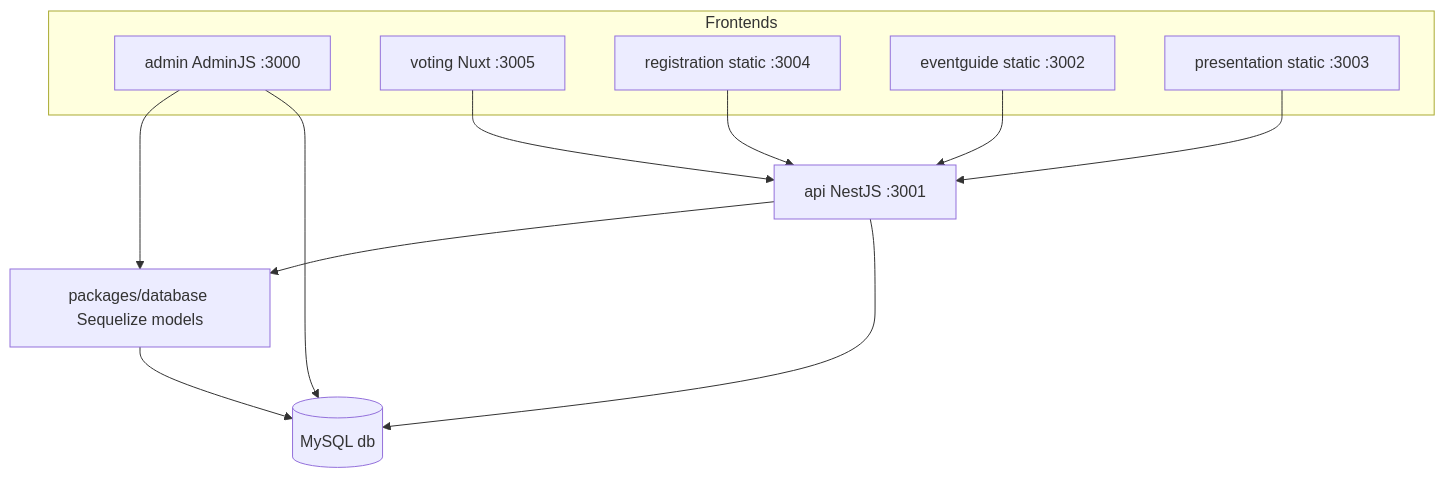
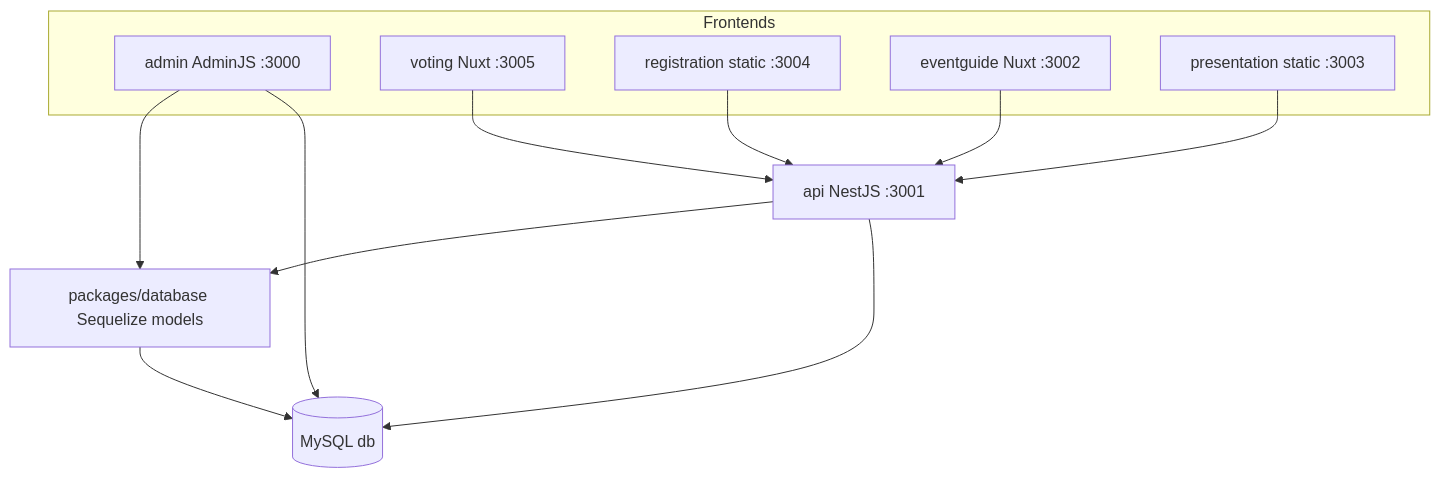
One commit to CoolestProjectsBelgium/mono changed the diagram in docs/architecture.md. Above: the diagram before and after it, drawn with Mermaid. The commit also changed other lines of this file and 99 other files, not shown here.

````diff
--- a/docs/architecture.md
+++ b/docs/architecture.md
@@ -7,24 +7,24 @@
 ```mermaid
 flowchart TB
   subgraph frontends [Frontends]
     admin[admin AdminJS :3000]
     voting[voting Nuxt :3005]
     registration[registration static :3004]
-    eventguide[eventguide static :3002]
+    eventguide[eventguide Nuxt :3002]
     presentation[presentation static :3003]
   end
 
   api[api NestJS :3001]
   dbPkg[packages/database Sequelize models]
   mysql[(MySQL db)]
 
   admin --> dbPkg
   api --> dbPkg
   voting --> api
   registration --> api
   eventguide --> api
   presentation --> api
   dbPkg --> mysql
   api --> mysql
   admin --> mysql
 ```
````
